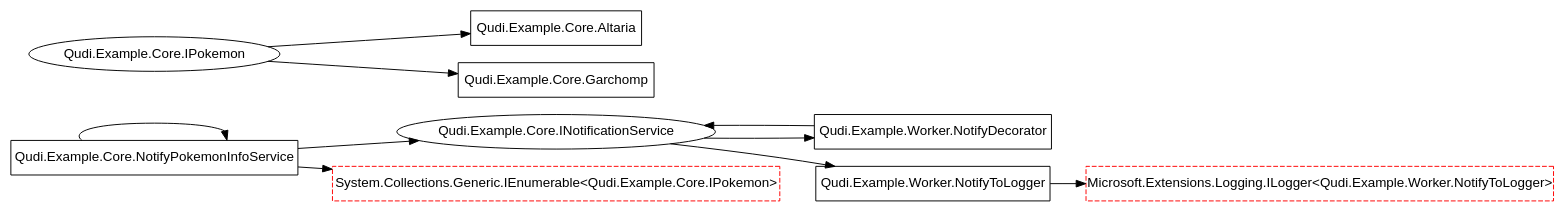
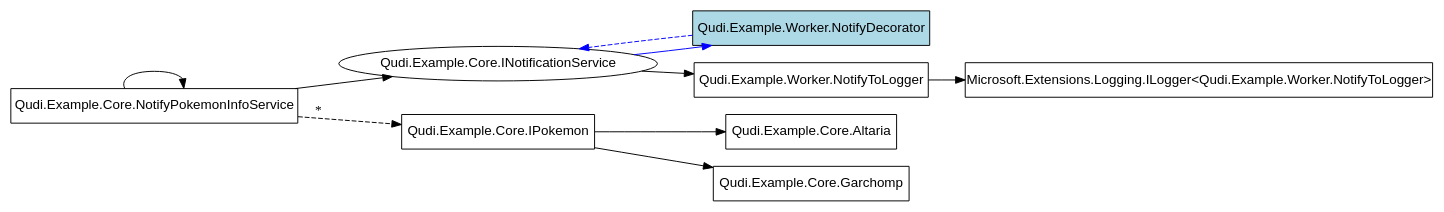
One commit to arika0093/Qudi changed the diagram in examples/Qudi.Example.SimpleCase.Worker/assets/visualization_output.dot. Above: the diagram before and after it, drawn with Graphviz. The commit also changed 6 other files, not shown here.

```diff
--- a/examples/Qudi.Example.SimpleCase.Worker/assets/visualization_output.dot
+++ b/examples/Qudi.Example.SimpleCase.Worker/assets/visualization_output.dot
@@ -1,22 +1,21 @@
 digraph Qudi {
   rankdir=LR;
   node [shape=box, fontname="Arial"];
-  "Microsoft.Extensions.Logging.ILogger<Qudi.Example.Worker.NotifyToLogger>" [label="Microsoft.Extensions.Logging.ILogger<Qudi.Example.Worker.NotifyToLogger>", shape=box, style=dashed, color=red];
+  "Microsoft.Extensions.Logging.ILogger<Qudi.Example.Worker.NotifyToLogger>" [label="Microsoft.Extensions.Logging.ILogger<Qudi.Example.Worker.NotifyToLogger>", shape=box];
   "Qudi.Example.Core.Altaria" [label="Qudi.Example.Core.Altaria", shape=box];
   "Qudi.Example.Core.Garchomp" [label="Qudi.Example.Core.Garchomp", shape=box];
   "Qudi.Example.Core.INotificationService" [label="Qudi.Example.Core.INotificationService", shape=ellipse];
-  "Qudi.Example.Core.IPokemon" [label="Qudi.Example.Core.IPokemon", shape=ellipse];
+  "Qudi.Example.Core.IPokemon" [label="Qudi.Example.Core.IPokemon", shape=box];
   "Qudi.Example.Core.NotifyPokemonInfoService" [label="Qudi.Example.Core.NotifyPokemonInfoService", shape=box];
-  "Qudi.Example.Worker.NotifyDecorator" [label="Qudi.Example.Worker.NotifyDecorator", shape=box];
+  "Qudi.Example.Worker.NotifyDecorator" [label="Qudi.Example.Worker.NotifyDecorator", shape=box, style=filled, fillcolor=lightblue];
   "Qudi.Example.Worker.NotifyToLogger" [label="Qudi.Example.Worker.NotifyToLogger", shape=box];
-  "System.Collections.Generic.IEnumerable<Qudi.Example.Core.IPokemon>" [label="System.Collections.Generic.IEnumerable<Qudi.Example.Core.IPokemon>", shape=box, style=dashed, color=red];
   "Qudi.Example.Core.INotificationService" -> "Qudi.Example.Worker.NotifyToLogger";
   "Qudi.Example.Worker.NotifyToLogger" -> "Microsoft.Extensions.Logging.ILogger<Qudi.Example.Worker.NotifyToLogger>";
   "Qudi.Example.Core.NotifyPokemonInfoService" -> "Qudi.Example.Core.NotifyPokemonInfoService";
-  "Qudi.Example.Core.NotifyPokemonInfoService" -> "System.Collections.Generic.IEnumerable<Qudi.Example.Core.IPokemon>";
+  "Qudi.Example.Core.NotifyPokemonInfoService" -> "Qudi.Example.Core.IPokemon" [label="*", style=dashed];
   "Qudi.Example.Core.NotifyPokemonInfoService" -> "Qudi.Example.Core.INotificationService";
   "Qudi.Example.Core.IPokemon" -> "Qudi.Example.Core.Altaria";
   "Qudi.Example.Core.IPokemon" -> "Qudi.Example.Core.Garchomp";
-  "Qudi.Example.Core.INotificationService" -> "Qudi.Example.Worker.NotifyDecorator";
-  "Qudi.Example.Worker.NotifyDecorator" -> "Qudi.Example.Core.INotificationService";
+  "Qudi.Example.Core.INotificationService" -> "Qudi.Example.Worker.NotifyDecorator" [color=blue];
+  "Qudi.Example.Worker.NotifyDecorator" -> "Qudi.Example.Core.INotificationService" [color=blue, style=dashed];
 }
```
